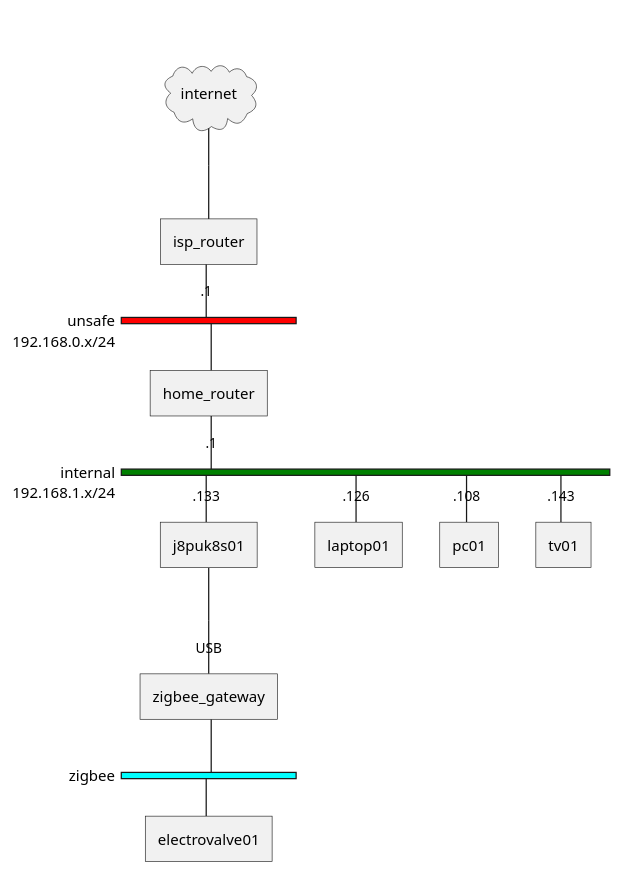
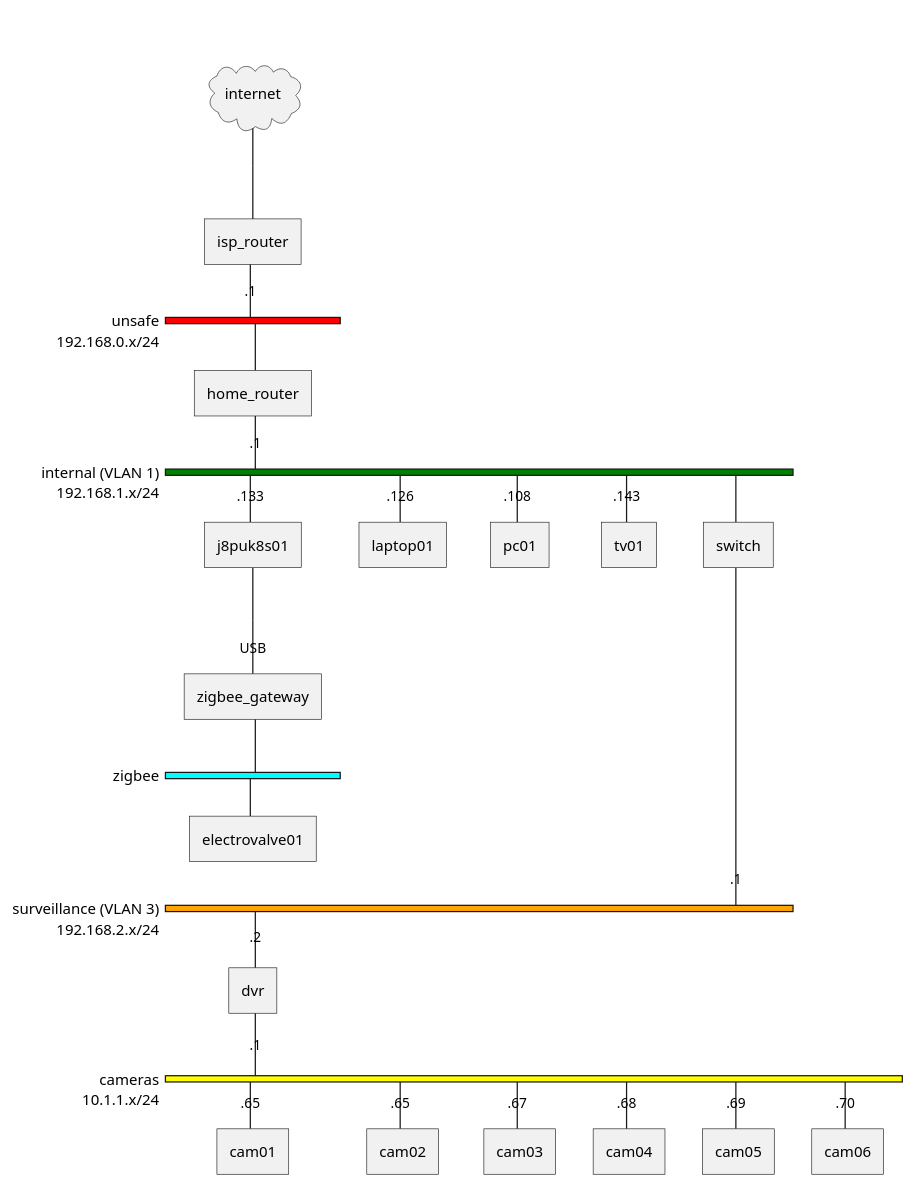
The diagram in docs/network.puml (mjedwabn/j8-smarthome), drawn with PlantUML before and after one commit. The commit also changed 1 other file, not shown here.

Commit message:
docs: surveillance

```diff
--- a/docs/network.puml
+++ b/docs/network.puml
@@ -1,38 +1,63 @@
 @startuml
 
 nwdiag {
 	internet [ shape = cloud ]
 	internet -- isp_router
 
 	network unsafe {
 		address = "192.168.0.x/24"
 		color = red
 
 		isp_router [address = ".1"]
 		home_router
 	}
 
 	network internal {
 		address = "192.168.1.x/24"
+		description = "internal (VLAN 1)"
 		color = green
 
 		home_router [address = ".1"]
 		j8puk8s01 [address = ".133"]
 
 		laptop01 [address = ".126"]
 		pc01 [address = ".108"]
 
 		tv01 [address = ".143"]
+
+		switch
 	}
 
 	j8puk8s01 -- zigbee_gateway
 	zigbee_gateway [address = "USB"]
 
 	network zigbee {
 		color = aqua
 		electrovalve01
 		zigbee_gateway
 	}
+
+	network surveillance {
+		address = "192.168.2.x/24"
+		description = "surveillance (VLAN 3)"
+		color = orange
+
+		switch [address = ".1"]]
+		dvr [address = ".2"]
+	}
+
+	network cameras {
+		address = "10.1.1.x/24"
+		color = yellow
+
+		dvr [address = ".1"]
+		cam01 [address = ".65"]
+		cam02 [address = ".65"]
+		cam03 [address = ".67"]
+		cam04 [address = ".68"]
+		cam05 [address = ".69"]
+		cam06 [address = ".70"]
+	}
 }
 
 @enduml
```
